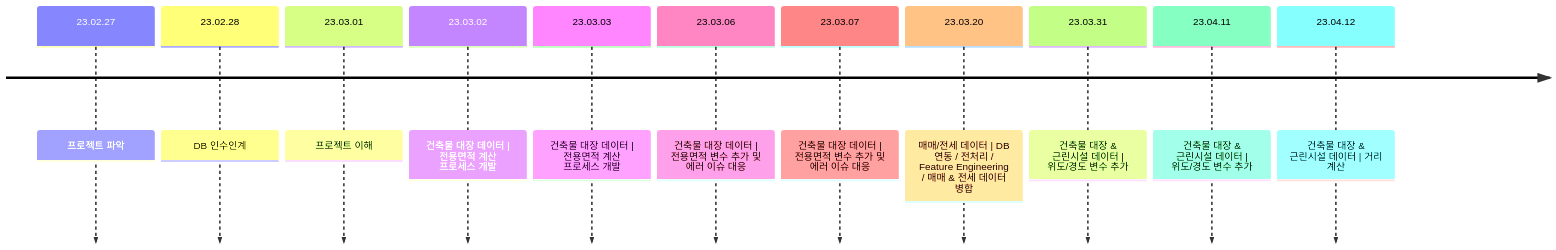
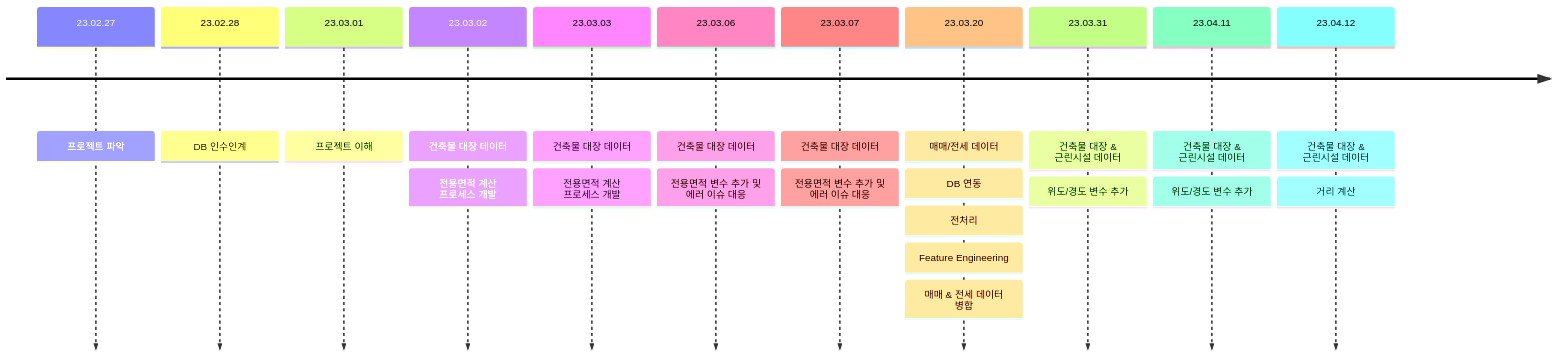
The diagram in README.md (YoonCheeYoung/One_Bite), drawn with Mermaid before and after one commit.

Commit message:
edit mermaid

````diff
--- a/README.md
+++ b/README.md
@@ -18,17 +18,17 @@
 ```mermaid
 timeline
 
 23.02.27 : 프로젝트 파악
 23.02.28 : DB 인수인계  
 23.03.01 : 프로젝트 이해  
-23.03.02  : 건축물 대장 데이터 | 전용면적 계산 프로세스 개발  
-23.03.03　:　건축물 대장 데이터 | 전용면적 계산 프로세스 개발  
-23.03.06 :  건축물 대장 데이터 | 전용면적 변수 추가 및 에러 이슈 대응  
-23.03.07　:　건축물 대장 데이터 | 전용면적 변수 추가 및 에러 이슈 대응  
-23.03.20 :　　　매매/전세 데이터   | DB 연동 / 전처리 / Feature Engineering / 매매 & 전세 데이터 병합  
-23.03.31 :  건축물 대장 & 근린시설 데이터 | 위도/경도 변수 추가  
-23.04.11　:　건축물 대장 & 근린시설 데이터 | 위도/경도 변수 추가  
-23.04.12 　:　　건축물 대장 & 근린시설 데이터 | 거리 계산 
+23.03.02  : 건축물 대장 데이터 : 전용면적 계산 프로세스 개발  
+23.03.03　:　건축물 대장 데이터 : 전용면적 계산 프로세스 개발  
+23.03.06 :  건축물 대장 데이터 : 전용면적 변수 추가 및 에러 이슈 대응  
+23.03.07　:　건축물 대장 데이터 : 전용면적 변수 추가 및 에러 이슈 대응  
+23.03.20 :　　　매매/전세 데이터   : DB 연동 : 전처리 : Feature Engineering : 매매 & 전세 데이터 병합  
+23.03.31 :  건축물 대장 & 근린시설 데이터 : 위도/경도 변수 추가  
+23.04.11　:　건축물 대장 & 근린시설 데이터 : 위도/경도 변수 추가  
+23.04.12 　:　　건축물 대장 & 근린시설 데이터 : 거리 계산 
 
 
 ```
````
